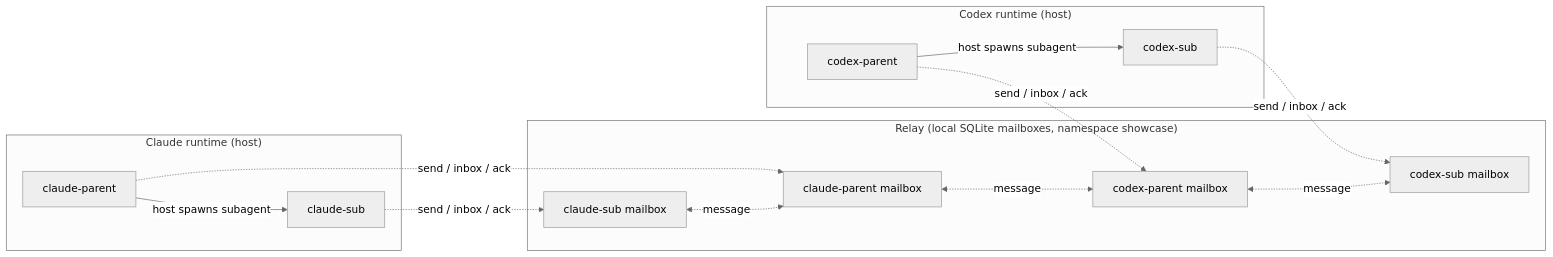
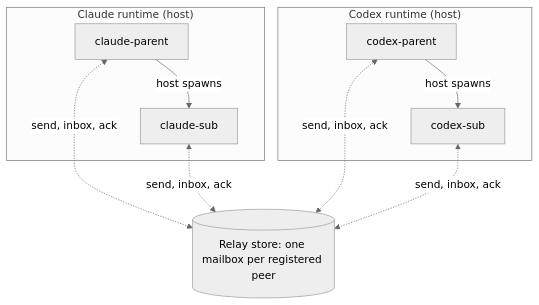
The first of 3 diagrams in README.md (bbawuah/relay), drawn with Mermaid (neutral theme) before and after one commit. The commit also changed other lines of this file and 23 other files, not shown here.

First line of the commit message:
docs: replace demos with live Claude and Codex agent replays

````diff
--- a/README.md
+++ b/README.md
@@ -36,22 +247,14 @@
 ```mermaid
-flowchart LR
+flowchart TB
   subgraph claude["Claude runtime (host)"]
-    cp["claude-parent"] -->|"host spawns subagent"| cs["claude-sub"]
+    cp["claude-parent"] -->|"host spawns"| cs["claude-sub"]
   end
   subgraph codex["Codex runtime (host)"]
-    xp["codex-parent"] -->|"host spawns subagent"| xs["codex-sub"]
+    xp["codex-parent"] -->|"host spawns"| xs["codex-sub"]
   end
-  subgraph relay["Relay (local SQLite mailboxes, namespace showcase)"]
-    mcp["claude-parent mailbox"]
-    mcs["claude-sub mailbox"]
-    mxp["codex-parent mailbox"]
-    mxs["codex-sub mailbox"]
-  end
-  cp -. "send / inbox / ack" .-> mcp
-  cs -. "send / inbox / ack" .-> mcs
-  xp -. "send / inbox / ack" .-> mxp
-  xs -. "send / inbox / ack" .-> mxs
-  mcp <-. "message" .-> mxp
-  mcs <-. "message" .-> mcp
-  mxp <-. "message" .-> mxs
+  relay[("Relay store: one mailbox per registered peer")]
+  cp <-.->|"send, inbox, ack"| relay
+  cs <-.->|"send, inbox, ack"| relay
+  xp <-.->|"send, inbox, ack"| relay
+  xs <-.->|"send, inbox, ack"| relay
 ```
````
